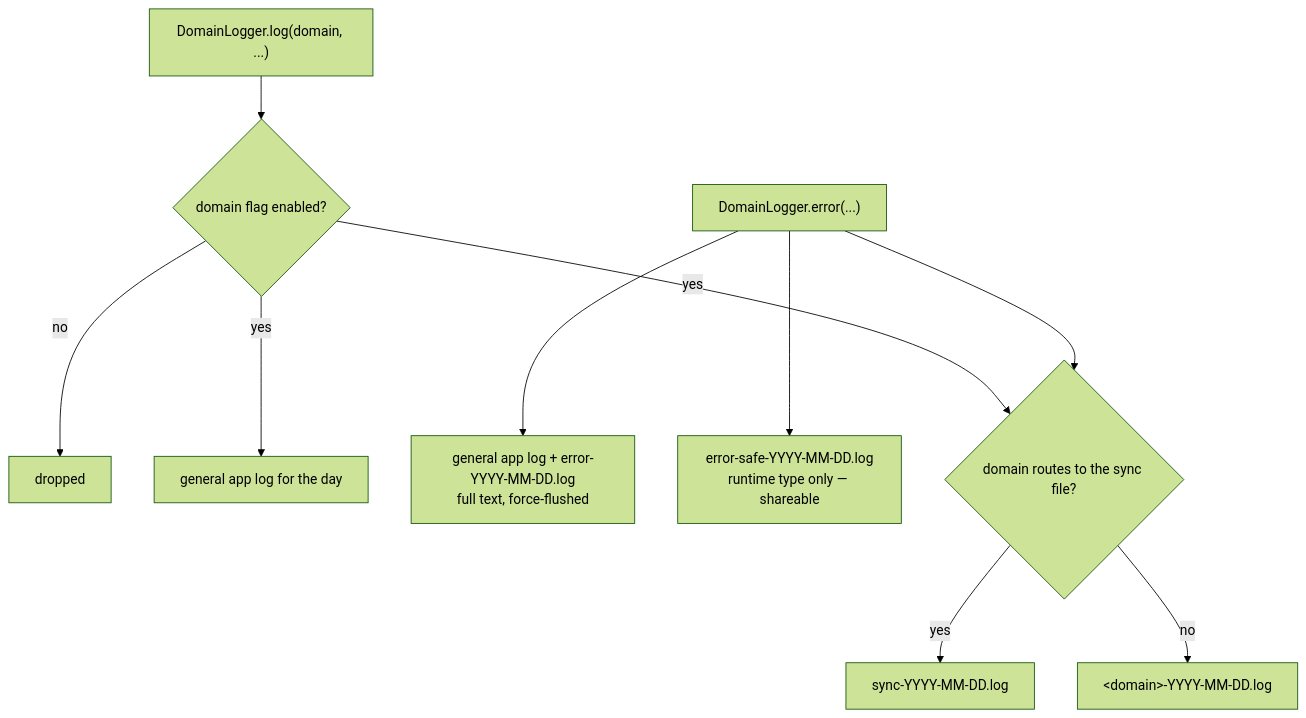
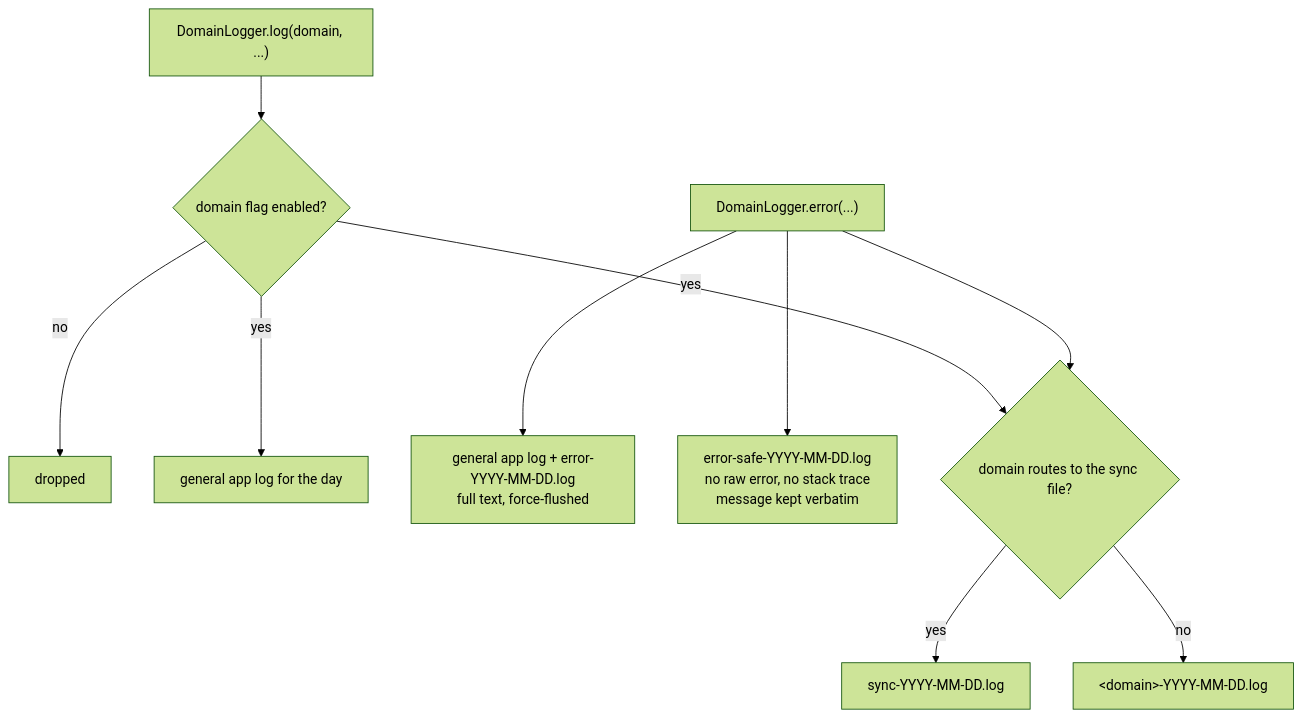
One commit to matthiasn/lotti changed the diagram in knowledge/architecture/logging-and-diagnostics.md. Above: the diagram before and after it, drawn with Mermaid (forest theme). The commit also changed 8 other files, not shown here.

````diff
--- a/knowledge/architecture/logging-and-diagnostics.md
+++ b/knowledge/architecture/logging-and-diagnostics.md
@@ -56,12 +56,12 @@
 ```mermaid
 flowchart TD
   Log["DomainLogger.log(domain, ...)"] --> Enabled{"domain flag enabled?"}
   Enabled -->|no| Drop["dropped"]
   Enabled -->|yes| General["general app log for the day"]
   Err["DomainLogger.error(...)"] --> General2["general app log + error-YYYY-MM-DD.log<br/>full text, force-flushed"]
-  Err --> Safe["error-safe-YYYY-MM-DD.log<br/>runtime type only — shareable"]
+  Err --> Safe["error-safe-YYYY-MM-DD.log<br/>no raw error, no stack trace<br/>message kept verbatim"]
   Enabled -->|yes| PerDomain
   Err --> PerDomain{"domain routes to the sync file?"}
   PerDomain -->|yes| SyncLog["sync-YYYY-MM-DD.log"]
   PerDomain -->|no| DomainLog["&lt;domain&gt;-YYYY-MM-DD.log"]
 ```
````
